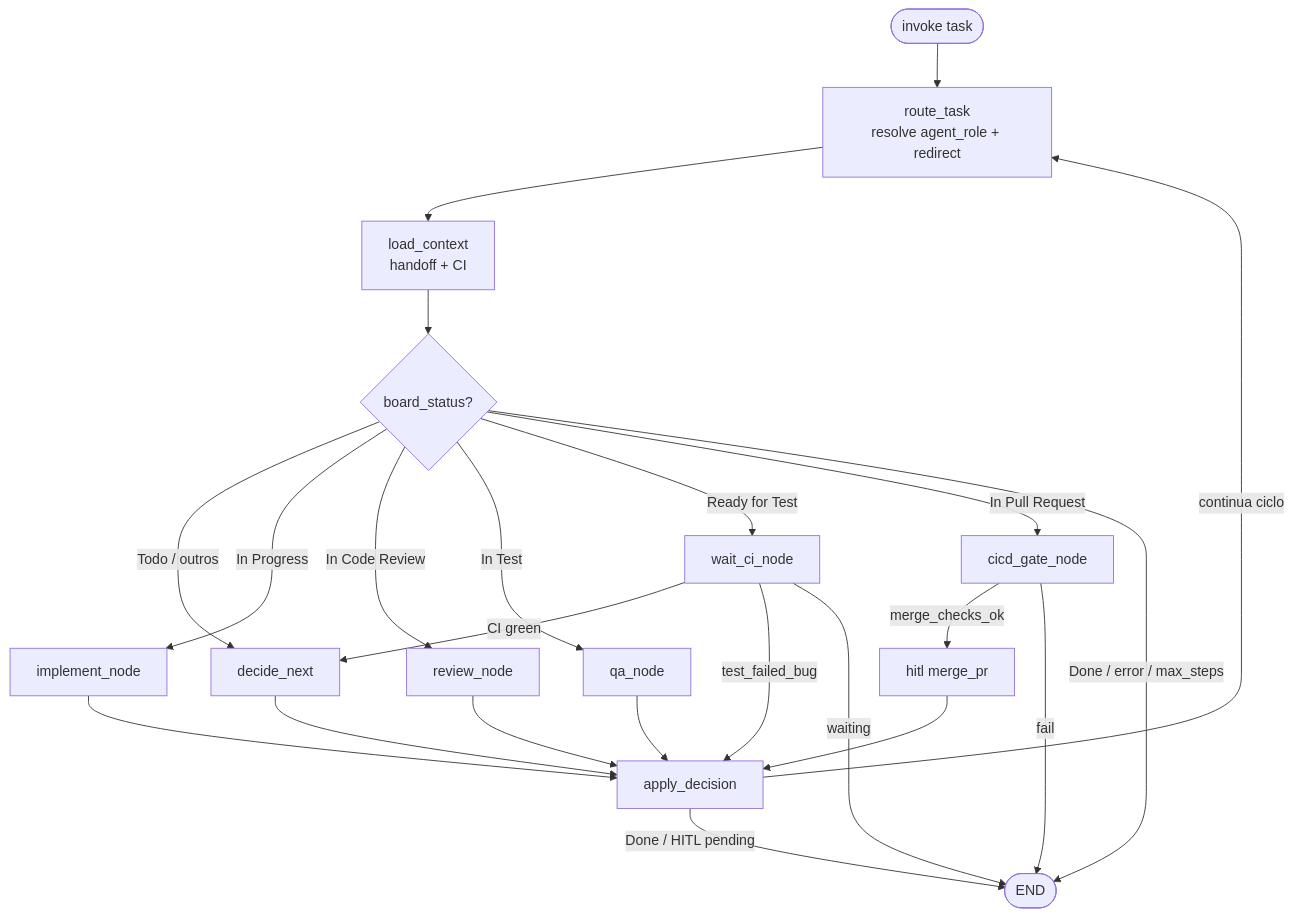
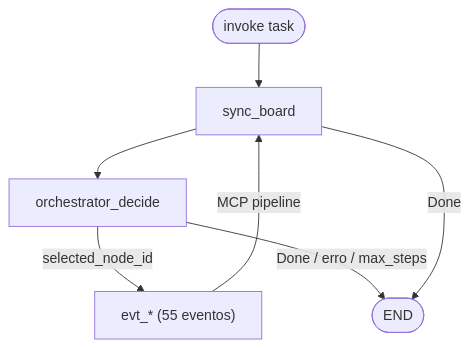
Before and after one commit to pedroaugustogti/pos-unipds-IA: the diagram in modulo-8-exemplo-pratico-guardiao-familia-agents/agents/00-orchestration/docs/STATEGRAPH_FLOW.md, drawn with Mermaid. The commit also changed other lines of this file and 234 other files, not shown here.

````diff
--- a/modulo-8-exemplo-pratico-guardiao-familia-agents/agents/00-orchestration/docs/STATEGRAPH_FLOW.md
+++ b/modulo-8-exemplo-pratico-guardiao-familia-agents/agents/00-orchestration/docs/STATEGRAPH_FLOW.md
@@ -7,30 +7,9 @@
 ```mermaid
 flowchart TD
-    START([invoke task]) --> route
-    route[route_task<br/>resolve agent_role + redirect] --> load_context
-    load_context[load_context<br/>handoff + CI] --> branch{board_status?}
-
-    branch -->|Todo / outros| decide[decide_next]
-    branch -->|In Progress| implement[implement_node]
-    branch -->|In Code Review| review[review_node]
-    branch -->|In Test| qa[qa_node]
-    branch -->|Ready for Test| wait_ci[wait_ci_node]
-    branch -->|In Pull Request| cicd_gate[cicd_gate_node]
-    branch -->|Done / error / max_steps| END_NODE([END])
-
-    decide --> apply[apply_decision]
-    implement --> apply
-    review --> apply
-    qa --> apply
-
-    wait_ci -->|CI green| decide
-    wait_ci -->|test_failed_bug| apply
-    wait_ci -->|waiting| END_NODE
-
-    cicd_gate -->|merge_checks_ok| hitl[hitl merge_pr]
-    cicd_gate -->|fail| END_NODE
-    hitl --> apply
-
-    apply -->|continua ciclo| route
-    apply -->|Done / HITL pending| END_NODE
+    START([invoke task]) --> sync_board
+    sync_board[sync_board] --> decide[orchestrator_decide]
+    decide -->|selected_node_id| evt["evt_* (55 eventos)"]
+    evt -->|MCP pipeline| sync_board
+    decide -->|Done / erro / max_steps| END_NODE([END])
+    sync_board -->|Done| END_NODE
 ```
````
